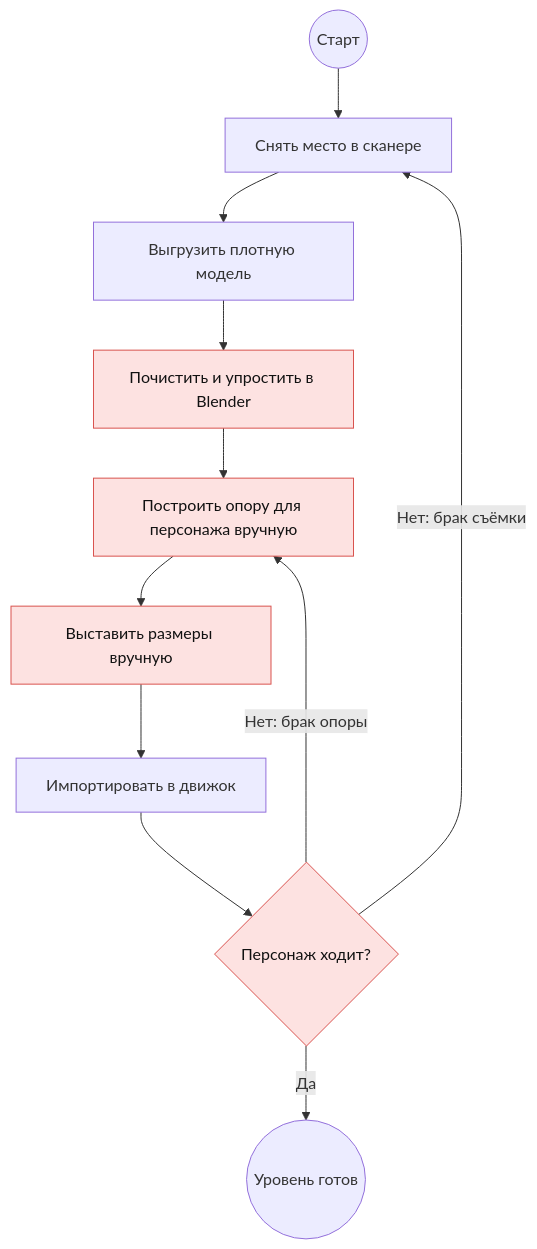
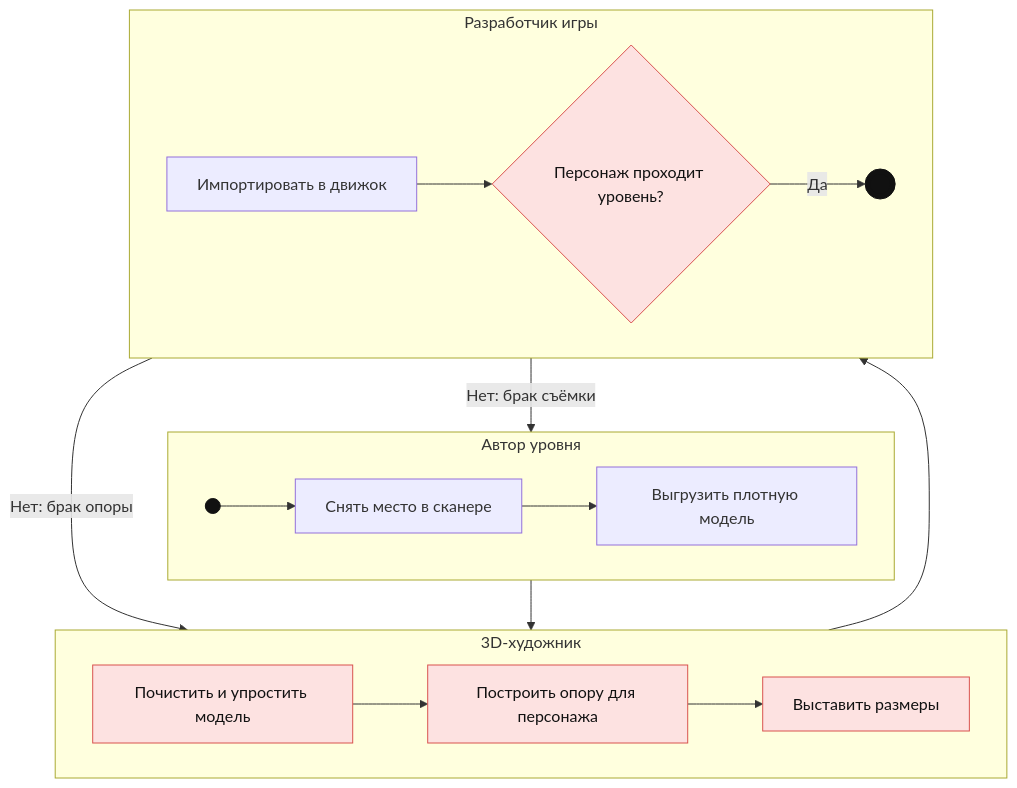
Before and after one commit to KalashnikovKV/nvc-business-analysis: the first of 7 diagrams in 05-appendix-b-diagrams.md, drawn with Mermaid. The commit also changed other lines of this file and 33 other files, not shown here.

````diff
--- a/05-appendix-b-diagrams.md
+++ b/05-appendix-b-diagrams.md
@@ -3,15 +3,26 @@
 ```mermaid
-flowchart TD
-  S((Старт)) --> A[Снять место в сканере]
-  A --> B[Выгрузить плотную модель]
-  B --> C[Почистить и упростить в Blender]
-  C --> D[Построить опору для персонажа вручную]
-  D --> E[Выставить размеры вручную]
-  E --> F[Импортировать в движок]
-  F --> G{Персонаж ходит?}
-  G -- Нет: брак съёмки --> A
-  G -- Нет: брак опоры --> D
-  G -- Да --> H((Уровень готов))
+flowchart TB
+  subgraph L1[Автор уровня]
+    direction LR
+    S(( )) --> A1[Снять место в сканере]
+    A1 --> A2[Выгрузить плотную модель]
+  end
+  subgraph L2[3D-художник]
+    direction LR
+    B1[Почистить и упростить модель] --> B2[Построить опору для персонажа]
+    B2 --> B3[Выставить размеры]
+  end
+  subgraph L3[Разработчик игры]
+    direction LR
+    C1[Импортировать в движок] --> C2{Персонаж проходит уровень?}
+    C2 -- Да --> E((( )))
+  end
+  A2 --> B1
+  B3 --> C1
+  C2 -- Нет: брак съёмки --> A1
+  C2 -- Нет: брак опоры --> B2
   classDef manual fill:#fde2e1,stroke:#d9534f,color:#111;
-  class C,D,E,G manual
+  classDef node0 fill:#111,stroke:#111;
+  class B1,B2,B3,C2 manual
+  class S,E node0
 ```
````
